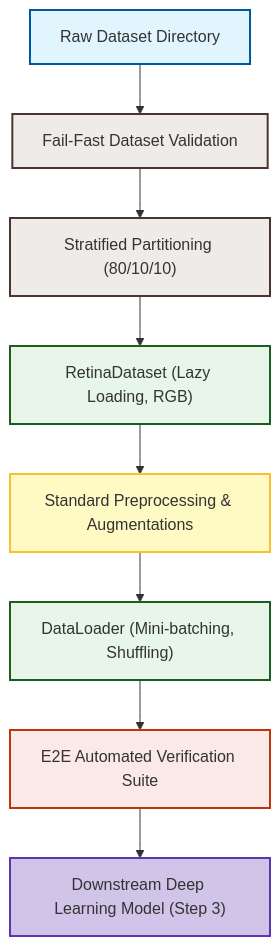
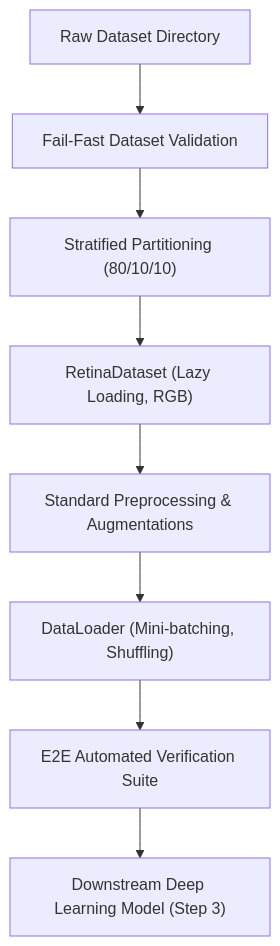
Before and after one commit to Dr-Venom29/FusionMedAI: the diagram in research/Volume_02_Data_Pipeline/09_Step2_Summary.md, drawn with Mermaid. The commit also changed 4 other files, not shown here.

Commit message:
docs: remove custom color styles from Mermaid flowcharts in Volume 2 chapters

````diff
--- a/research/Volume_02_Data_Pipeline/09_Step2_Summary.md
+++ b/research/Volume_02_Data_Pipeline/09_Step2_Summary.md
@@ -12,19 +12,10 @@
 ```mermaid
 graph TD
     Raw["Raw Dataset Directory"] --> Validation["Fail-Fast Dataset Validation"]
     Validation --> Split["Stratified Partitioning (80/10/10)"]
     Split --> Dataset["RetinaDataset (Lazy Loading, RGB)"]
     Dataset --> Transforms["Standard Preprocessing & Augmentations"]
     Transforms --> Dataloader["DataLoader (Mini-batching, Shuffling)"]
     Dataloader --> Verification["E2E Automated Verification Suite"]
     Verification --> Model["Downstream Deep Learning Model (Step 3)"]
-    
-    style Raw fill:#e1f5fe,stroke:#01579b,stroke-width:2px;
-    style Validation fill:#efebe9,stroke:#4e342e,stroke-width:2px;
-    style Split fill:#efebe9,stroke:#4e342e,stroke-width:2px;
-    style Dataset fill:#e8f5e9,stroke:#1b5e20,stroke-width:2px;
-    style Transforms fill:#fff9c4,stroke:#fbc02d,stroke-width:2px;
-    style Dataloader fill:#e8f5e9,stroke:#1b5e20,stroke-width:2px;
-    style Verification fill:#fbe9e7,stroke:#bf360c,stroke-width:2px;
-    style Model fill:#d1c4e9,stroke:#5e35b1,stroke-width:2px;
 ```
````
